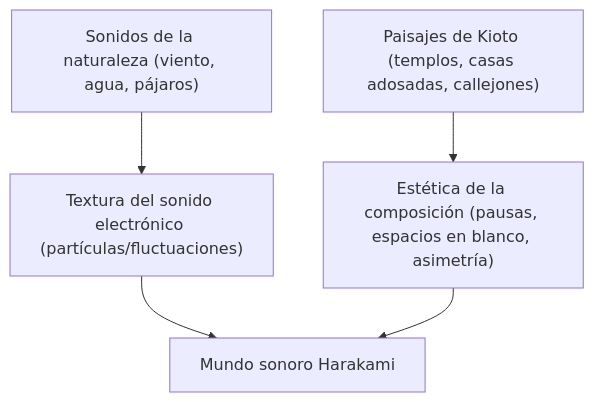
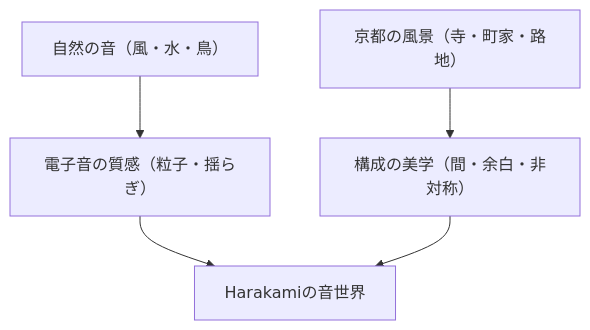
Before and after one commit to monumental-movement/monumental-movement.github.io: the second of 2 diagrams in es/_posts/2025-10-30-column-rei-harakami.md, drawn with Mermaid. The commit also changed other lines of this file and 299 other files, not shown here.

```diff
--- a/es/_posts/2025-10-30-column-rei-harakami.md
+++ b/es/_posts/2025-10-30-column-rei-harakami.md
@@ -167,9 +167,9 @@
 <div class="mermaid">
 
 graph TD
-    A["Sonidos de la naturaleza (viento, agua, pájaros)"] --> B["Textura del sonido electrónico (partículas/fluctuaciones)"]
-    C["Paisajes de Kioto (templos, casas adosadas, callejones)"] --> D["Estética de la composición (pausas, espacios en blanco, asimetría)"]
-    B --> E["Mundo sonoro Harakami"]
+    A["自然の音（風・水・鳥）"] --> B["電子音の質感（粒子・揺らぎ）"]
+    C["京都の風景（寺・町家・路地）"] --> D["構成の美学（間・余白・非対称）"]
+    B --> E["Harakamiの音世界"]
     D --> E
     
 </div>
```
